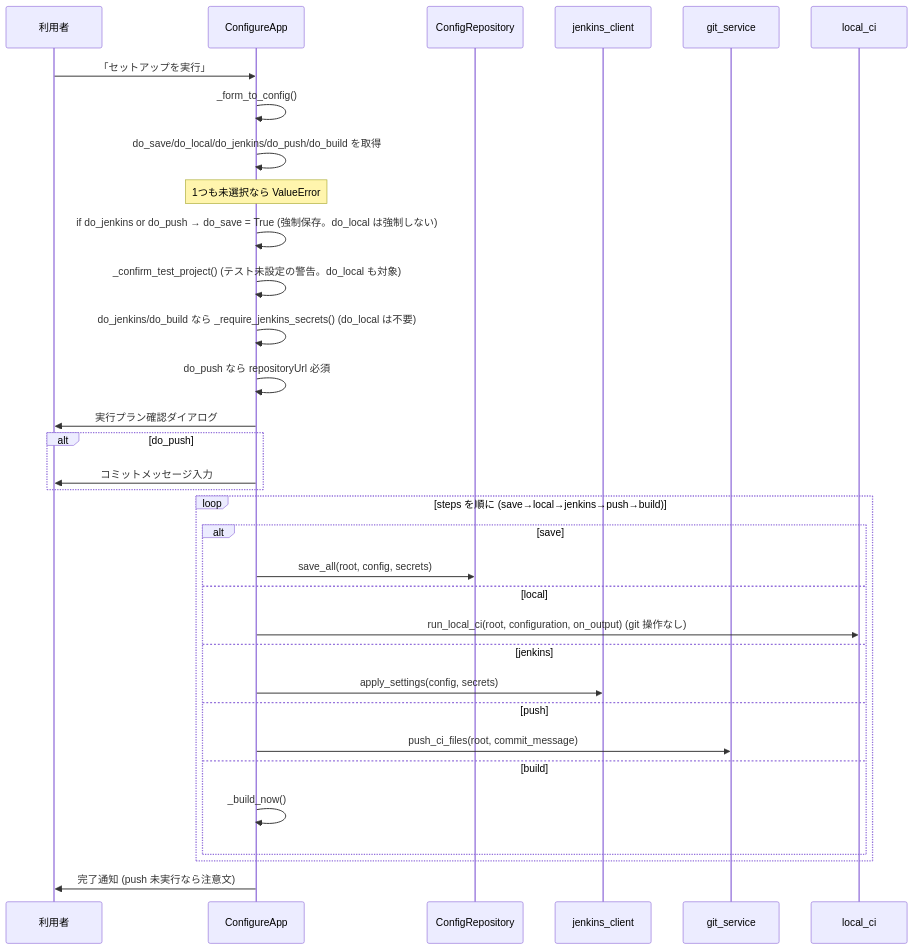
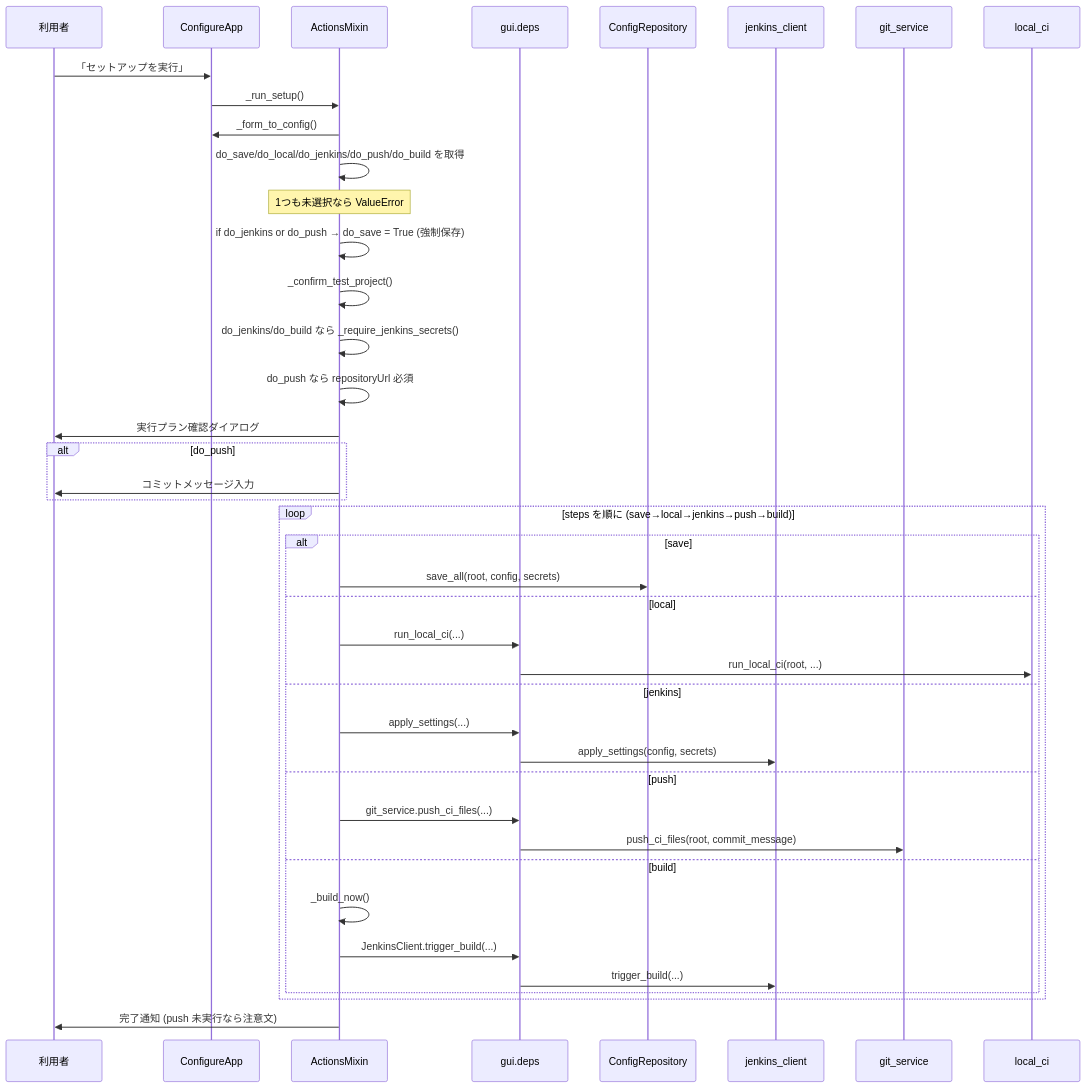
Before and after one commit to gt-ynakamatsu/ci-setup-tool: the eighth of 13 diagrams in docs/DESIGN.md, drawn with Mermaid. The commit also changed other lines of this file and 3 other files, not shown here.

````diff
--- a/docs/DESIGN.md
+++ b/docs/DESIGN.md
@@ -655,36 +846,44 @@
 ```mermaid
 sequenceDiagram
     participant U as 利用者
     participant App as ConfigureApp
+    participant Ops as ActionsMixin
+    participant Deps as gui.deps
     participant Repo as ConfigRepository
     participant JC as jenkins_client
     participant GS as git_service
     participant LC as local_ci
 
     U->>App: 「セットアップを実行」
-    App->>App: _form_to_config()
-    App->>App: do_save/do_local/do_jenkins/do_push/do_build を取得
-    Note over App: 1つも未選択なら ValueError
-    App->>App: if do_jenkins or do_push → do_save = True (強制保存。do_local は強制しない)
-    App->>App: _confirm_test_project() (テスト未設定の警告。do_local も対象)
-    App->>App: do_jenkins/do_build なら _require_jenkins_secrets() (do_local は不要)
-    App->>App: do_push なら repositoryUrl 必須
-    App->>U: 実行プラン確認ダイアログ
+    App->>Ops: _run_setup()
+    Ops->>App: _form_to_config()
+    Ops->>Ops: do_save/do_local/do_jenkins/do_push/do_build を取得
+    Note over Ops: 1つも未選択なら ValueError
+    Ops->>Ops: if do_jenkins or do_push → do_save = True (強制保存)
+    Ops->>Ops: _confirm_test_project()
+    Ops->>Ops: do_jenkins/do_build なら _require_jenkins_secrets()
+    Ops->>Ops: do_push なら repositoryUrl 必須
+    Ops->>U: 実行プラン確認ダイアログ
     alt do_push
-        App->>U: コミットメッセージ入力
+        Ops->>U: コミットメッセージ入力
     end
     loop steps を順に (save→local→jenkins→push→build)
         alt save
-            App->>Repo: save_all(root, config, secrets)
+            Ops->>Repo: save_all(root, config, secrets)
         else local
-            App->>LC: run_local_ci(root, configuration, on_output) (git 操作なし)
+            Ops->>Deps: run_local_ci(...)
+            Deps->>LC: run_local_ci(root, ...)
         else jenkins
-            App->>JC: apply_settings(config, secrets)
+            Ops->>Deps: apply_settings(...)
+            Deps->>JC: apply_settings(config, secrets)
         else push
-            App->>GS: push_ci_files(root, commit_message)
+            Ops->>Deps: git_service.push_ci_files(...)
+            Deps->>GS: push_ci_files(root, commit_message)
         else build
-            App->>App: _build_now()
+            Ops->>Ops: _build_now()
+            Ops->>Deps: JenkinsClient.trigger_build(...)
+            Deps->>JC: trigger_build(...)
         end
     end
-    App->>U: 完了通知 (push 未実行なら注意文)
+    Ops->>U: 完了通知 (push 未実行なら注意文)
 ```
````
